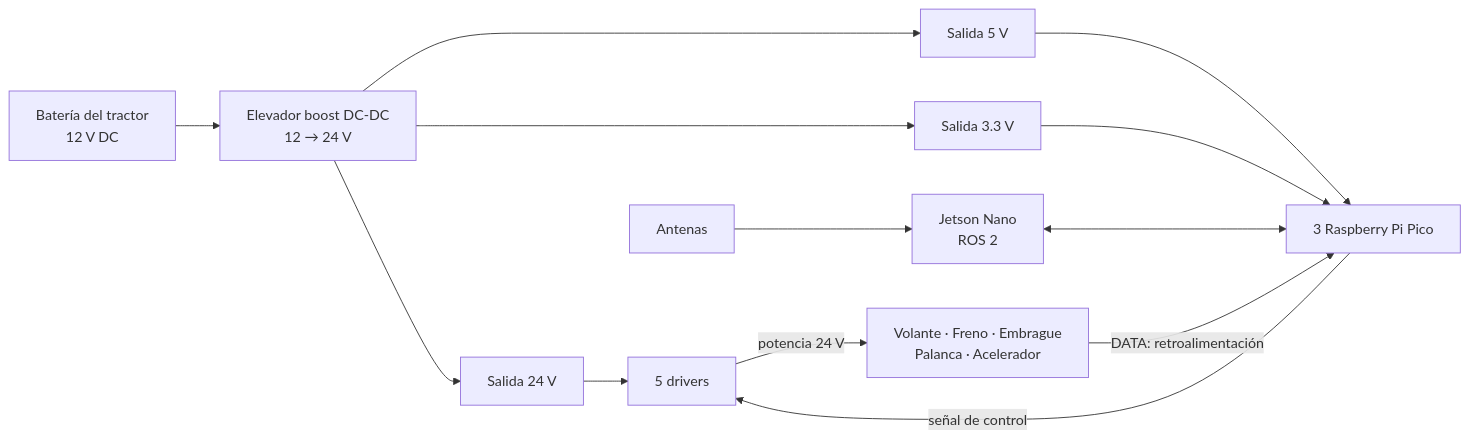
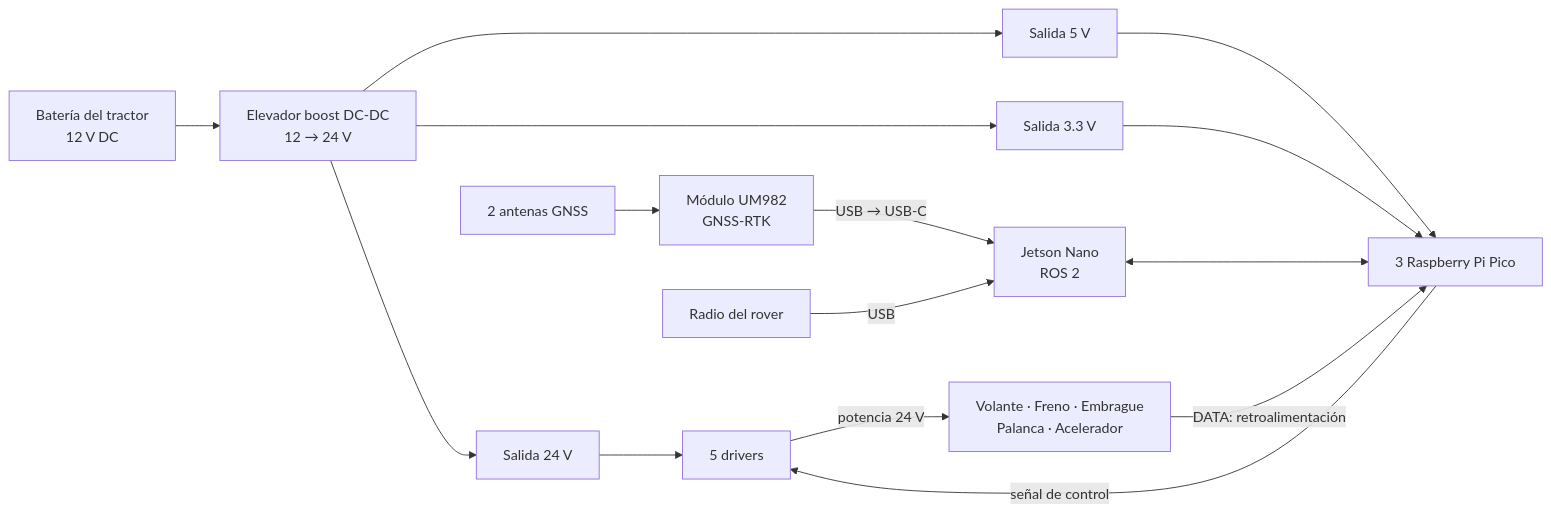
Before and after one commit to BrianSimpson01/Agrotecnologias-abiertas-para-mexico-: the first of 2 diagrams in docs/tablero.md, drawn with Mermaid. The commit also changed other lines of this file and 2 other files, not shown here.

Commit message:
Sistema GNSS-RTK base y rover

````diff
--- a/docs/tablero.md
+++ b/docs/tablero.md
@@ -13,14 +13,16 @@
 ```mermaid
 flowchart LR
     BAT[Batería del tractor<br/>12 V DC] --> BOOST[Elevador boost DC-DC<br/>12 → 24 V]
     BOOST --> V24[Salida 24 V]
     BOOST --> V5[Salida 5 V]
     BOOST --> V33[Salida 3.3 V]
     V5 & V33 --> PICOS[3 Raspberry Pi Pico]
     JET[Jetson Nano<br/>ROS 2] <--> PICOS
-    ANT[Antenas] --> JET
+    ANT[2 antenas GNSS] --> GNSS[Módulo UM982<br/>GNSS-RTK]
+    GNSS -->|USB → USB-C| JET
+    RAD[Radio del rover] -->|USB| JET
     V24 --> DRV[5 drivers]
     PICOS -->|señal de control| DRV
     DRV -->|potencia 24 V| MEC[Volante · Freno · Embrague<br/>Palanca · Acelerador]
     MEC -->|DATA: retroalimentación| PICOS
 ```
````
